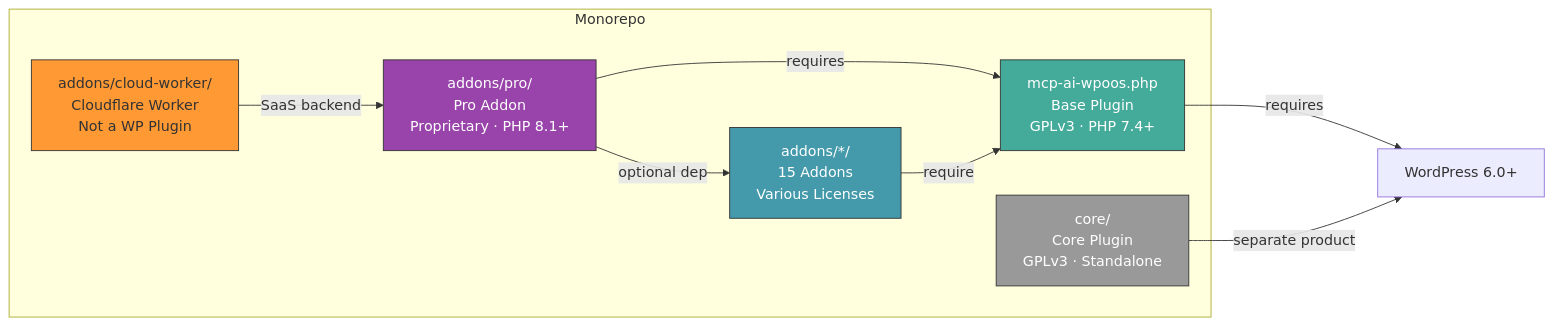
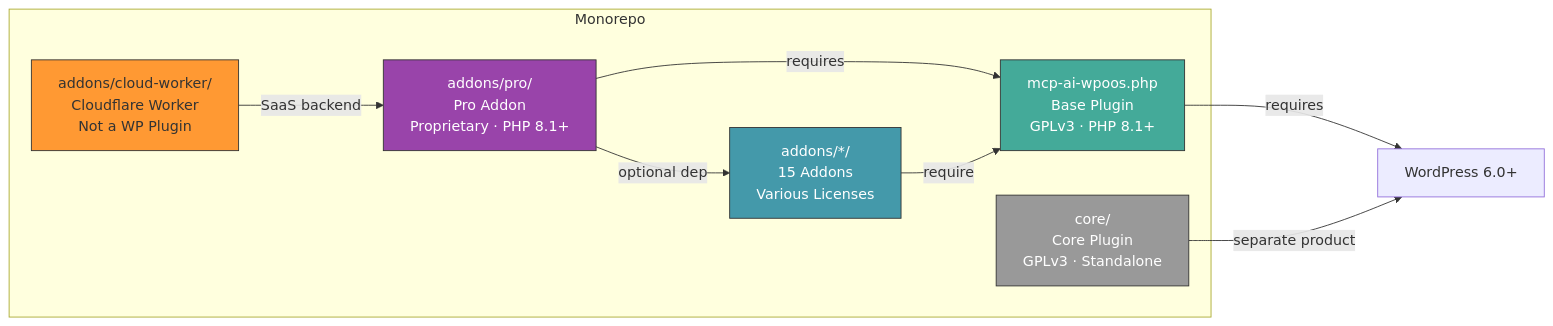
The second of 2 diagrams in docs/developer/architecture/ARCHITECTURE.md (nvdigitalsolutions/mcp-ai-wpoos), drawn with Mermaid before and after one commit. The commit also changed 62 other files, not shown here.

````diff
--- a/docs/developer/architecture/ARCHITECTURE.md
+++ b/docs/developer/architecture/ARCHITECTURE.md
@@ -80,24 +80,24 @@
 ```mermaid
 graph LR
     subgraph "Monorepo"
-        BASE[mcp-ai-wpoos.php<br/>Base Plugin<br/>GPLv3 · PHP 7.4+]
+        BASE[mcp-ai-wpoos.php<br/>Base Plugin<br/>GPLv3 · PHP 8.1+]
         PRO[addons/pro/<br/>Pro Addon<br/>Proprietary · PHP 8.1+]
         ADDONS[addons/*/<br/>15 Addons<br/>Various Licenses]
         CORE[core/<br/>Core Plugin<br/>GPLv3 · Standalone]
         WORKER[addons/cloud-worker/<br/>Cloudflare Worker<br/>Not a WP Plugin]
     end
 
     BASE -->|requires| WP[WordPress 6.0+]
     PRO -->|requires| BASE
     ADDONS -->|require| BASE
     PRO -->|optional dep| ADDONS
 
     CORE -->|separate product| WP
     WORKER -->|SaaS backend| PRO
 
     style BASE fill:#4a9,stroke:#333,color:#fff
     style PRO fill:#94a,stroke:#333,color:#fff
     style ADDONS fill:#49a,stroke:#333,color:#fff
     style CORE fill:#999,stroke:#333,color:#fff
     style WORKER fill:#f93,stroke:#333
 ```
````
